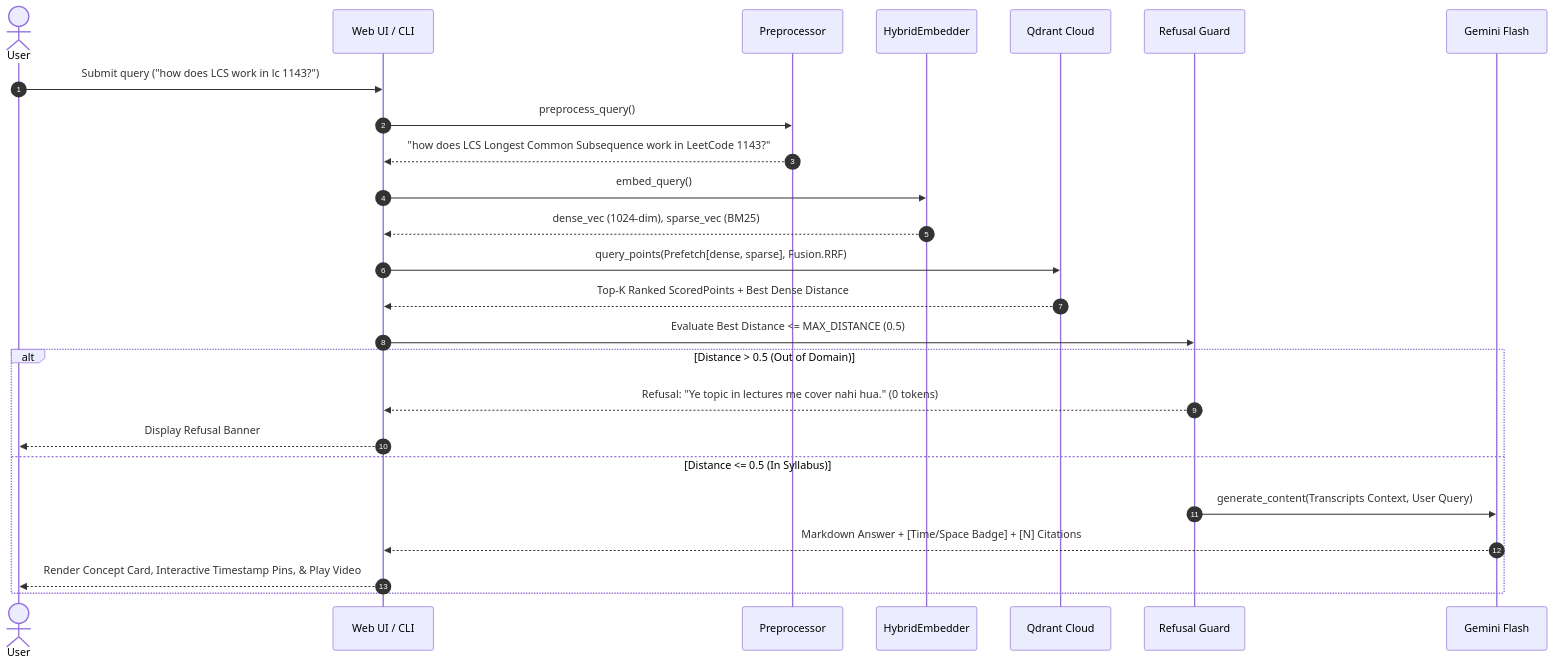
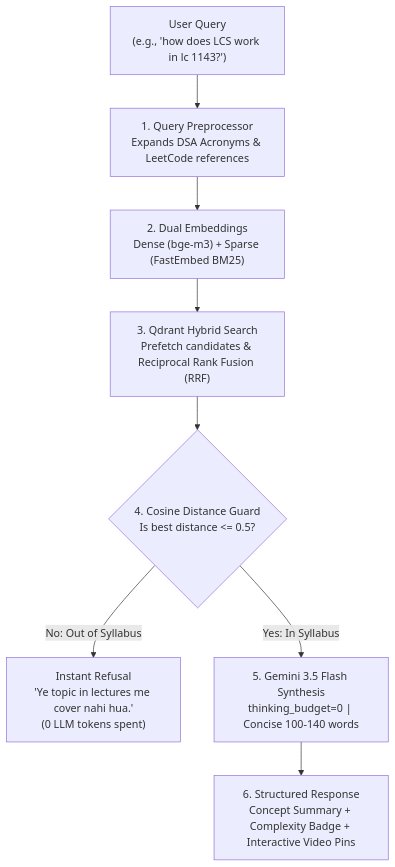
The second of 3 diagrams in README.md (matrix-1407/chronoRAG), drawn with Mermaid before and after one commit. The commit also changed other lines of this file, not shown here.

Commit message:
docs: fix mermaid syntax in architecture diagram and simplify retrieval flow

````diff
--- a/README.md
+++ b/README.md
@@ -104,28 +88,12 @@
 ```mermaid
-sequenceDiagram
-    autonumber
-    actor User
-    participant UI as Web UI / CLI
-    participant Pre as Preprocessor
-    participant Emb as HybridEmbedder
-    participant Qdr as Qdrant Cloud
-    participant Guard as Refusal Guard
-    participant LLM as Gemini Flash
-
-    User->>UI: Submit query ("how does LCS work in lc 1143?")
-    UI->>Pre: preprocess_query()
-    Pre-->>UI: "how does LCS Longest Common Subsequence work in LeetCode 1143?"
-    UI->>Emb: embed_query()
-    Emb-->>UI: dense_vec (1024-dim), sparse_vec (BM25)
-    UI->>Qdr: query_points(Prefetch[dense, sparse], Fusion.RRF)
-    Qdr-->>UI: Top-K Ranked ScoredPoints + Best Dense Distance
-    UI->>Guard: Evaluate Best Distance <= MAX_DISTANCE (0.5)
-    alt Distance > 0.5 (Out of Domain)
-        Guard-->>UI: Refusal: "Ye topic in lectures me cover nahi hua." (0 tokens)
-        UI-->>User: Display Refusal Banner
-    else Distance <= 0.5 (In Syllabus)
-        Guard->>LLM: generate_content(Transcripts Context, User Query)
-        LLM-->>UI: Markdown Answer + [Time/Space Badge] + [N] Citations
-        UI-->>User: Render Concept Card, Interactive Timestamp Pins, & Play Video
-    end
+flowchart TD
+    Q["User Query<br/>(e.g., 'how does LCS work in lc 1143?')"] --> Norm["1. Query Preprocessor<br/>Expands DSA Acronyms & LeetCode references"]
+    Norm --> Embed["2. Dual Embeddings<br/>Dense (bge-m3) + Sparse (FastEmbed BM25)"]
+    Embed --> RRF["3. Qdrant Hybrid Search<br/>Prefetch candidates & Reciprocal Rank Fusion (RRF)"]
+    RRF --> Guard{"4. Cosine Distance Guard<br/>Is best distance <= 0.5?"}
+    
+    Guard -->|"No: Out of Syllabus"| Refuse["Instant Refusal<br/>'Ye topic in lectures me cover nahi hua.'<br/>(0 LLM tokens spent)"]
+    Guard -->|"Yes: In Syllabus"| LLM["5. Gemini 3.5 Flash Synthesis<br/>thinking_budget=0 | Concise 100-140 words"]
+    
+    LLM --> Out["6. Structured Response<br/>Concept Summary + Complexity Badge + Interactive Video Pins"]
 ```
````
